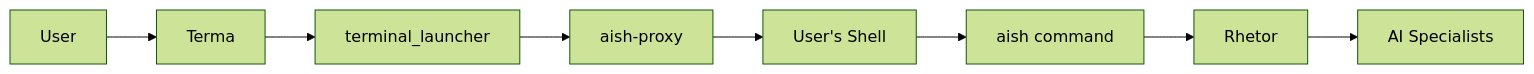
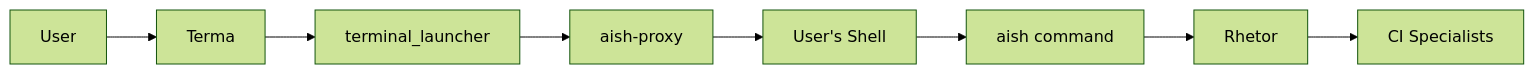
The diagram in MetaData/Documentation/Architecture/Terma_aish_Integration.md (ckoons/Tekton), drawn with Mermaid (forest theme) before and after one commit. The commit also changed other lines of this file and 542 other files, not shown here.

````diff
--- a/MetaData/Documentation/Architecture/Terma_aish_Integration.md
+++ b/MetaData/Documentation/Architecture/Terma_aish_Integration.md
@@ -33,10 +33,10 @@
 ```mermaid
 graph LR
     User --> Terma
     Terma --> terminal_launcher
     terminal_launcher --> aish-proxy
     aish-proxy --> Shell[User's Shell]
     Shell --> aish[aish command]
     aish --> Rhetor
-    Rhetor --> AI[AI Specialists]
+    Rhetor --> AI[CI Specialists]
 ```
````
